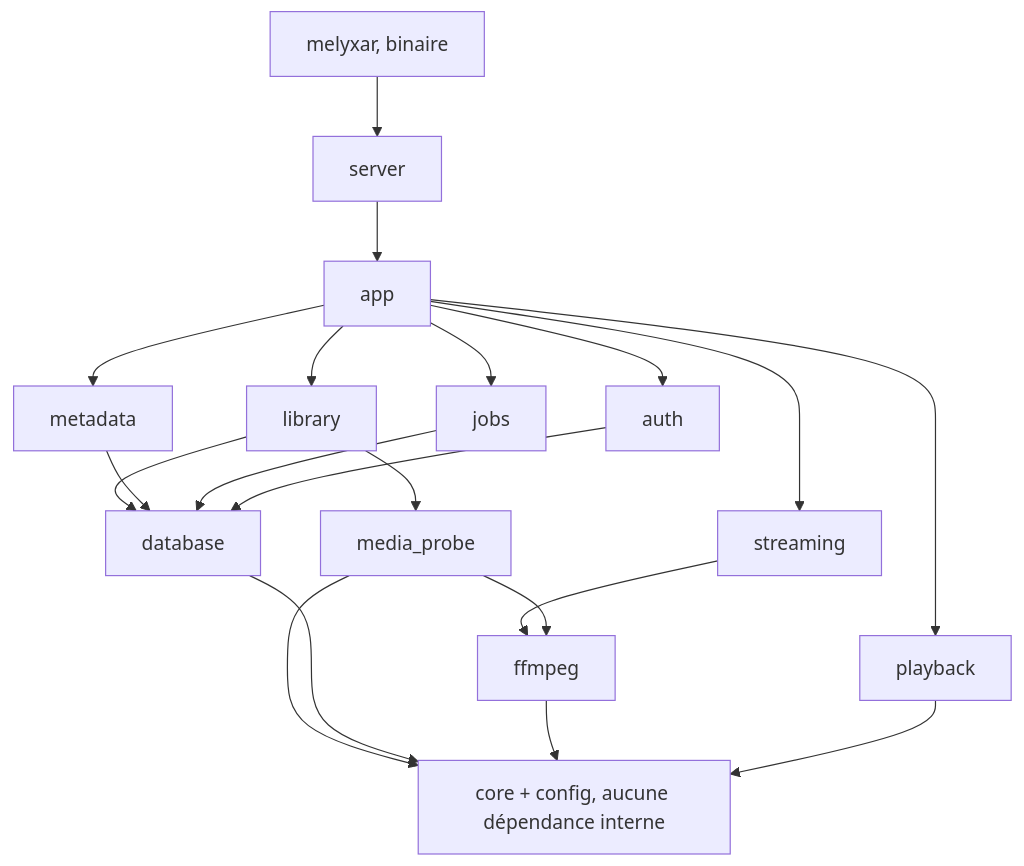
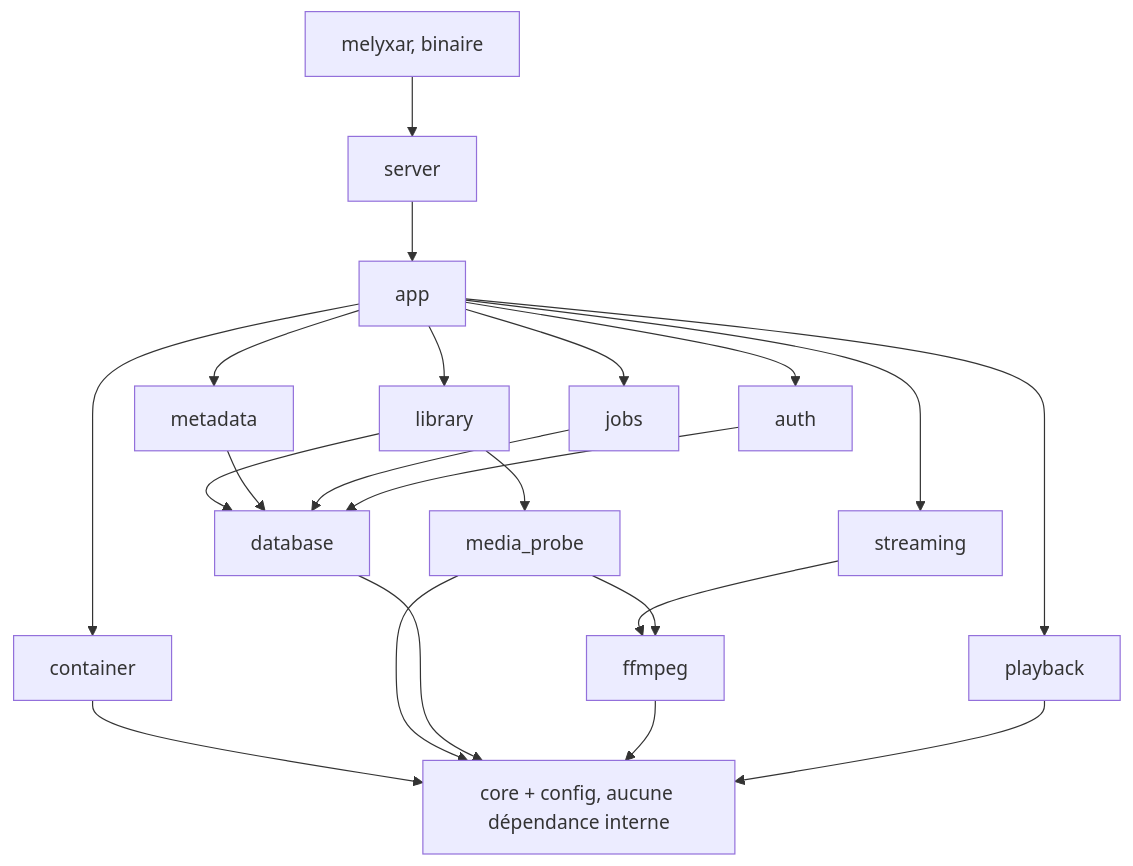
Before and after one commit to Victor-root/melyxar: the first of 2 diagrams in docs/architecture/01-revue-architecture.md, drawn with Mermaid. The commit also changed other lines of this file and 11 other files, not shown here.

````diff
--- a/docs/architecture/01-revue-architecture.md
+++ b/docs/architecture/01-revue-architecture.md
@@ -185,23 +186,25 @@
 ```mermaid
 graph TD
   bin[melyxar, binaire] --> server
   server --> app
   app --> library
   app --> metadata
   app --> playback
   app --> streaming
   app --> jobs
   app --> auth
+  app --> container
+  container --> core
   library --> media_probe
   library --> database
   metadata --> database
   streaming --> ffmpeg
   jobs --> database
   auth --> database
   media_probe --> ffmpeg
   media_probe --> core
   database --> core
   ffmpeg --> core
   playback --> core
   core[core + config, aucune dépendance interne]
 ```
````
